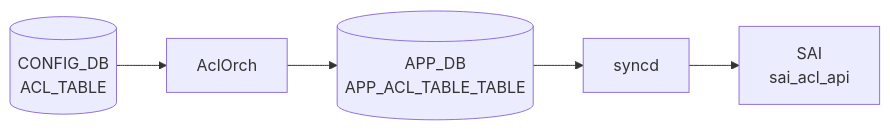
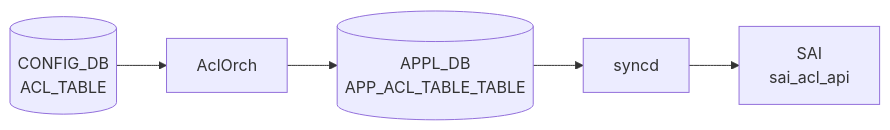
One commit to aoki-taquan/sonic-unofficial-docs changed the diagram in docs/reference/config-db/acl-table.md. Above: the diagram before and after it, drawn with Mermaid. The commit also changed 91 other files, not shown here.

First line of the commit message:
fix(review-067): APP_DB→APPL_DB in mermaid labels; exclude APPL_DB pages from auto-gen

````diff
--- a/docs/reference/config-db/acl-table.md
+++ b/docs/reference/config-db/acl-table.md
@@ -42,12 +42,12 @@
 ```mermaid
 flowchart LR
   CDB[("CONFIG_DB<br/>ACL_TABLE")]
   DM["AclOrch"]
   CDB --> DM
-  APPDB[("APP_DB<br/>APP_ACL_TABLE_TABLE")]
+  APPDB[("APPL_DB<br/>APP_ACL_TABLE_TABLE")]
   DM --> APPDB
   SYNCD["syncd"]
   APPDB --> SYNCD
   SAI["SAI<br/>sai_acl_api"]
   SYNCD --> SAI
 ```
````
